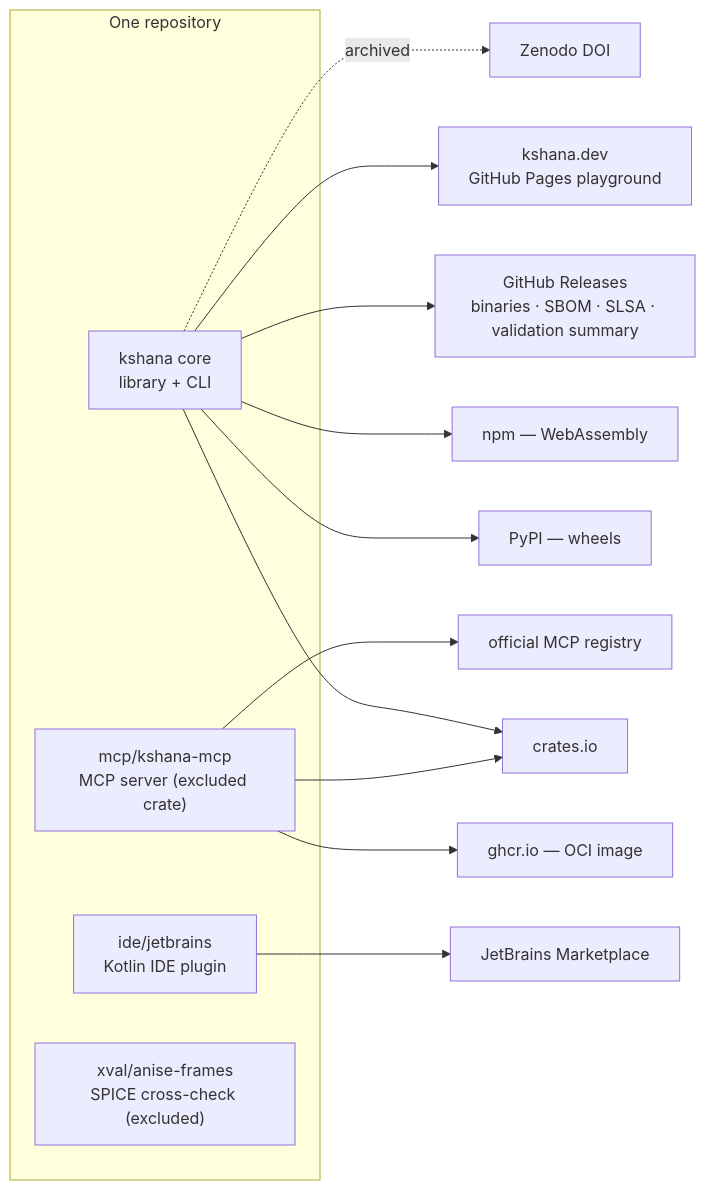
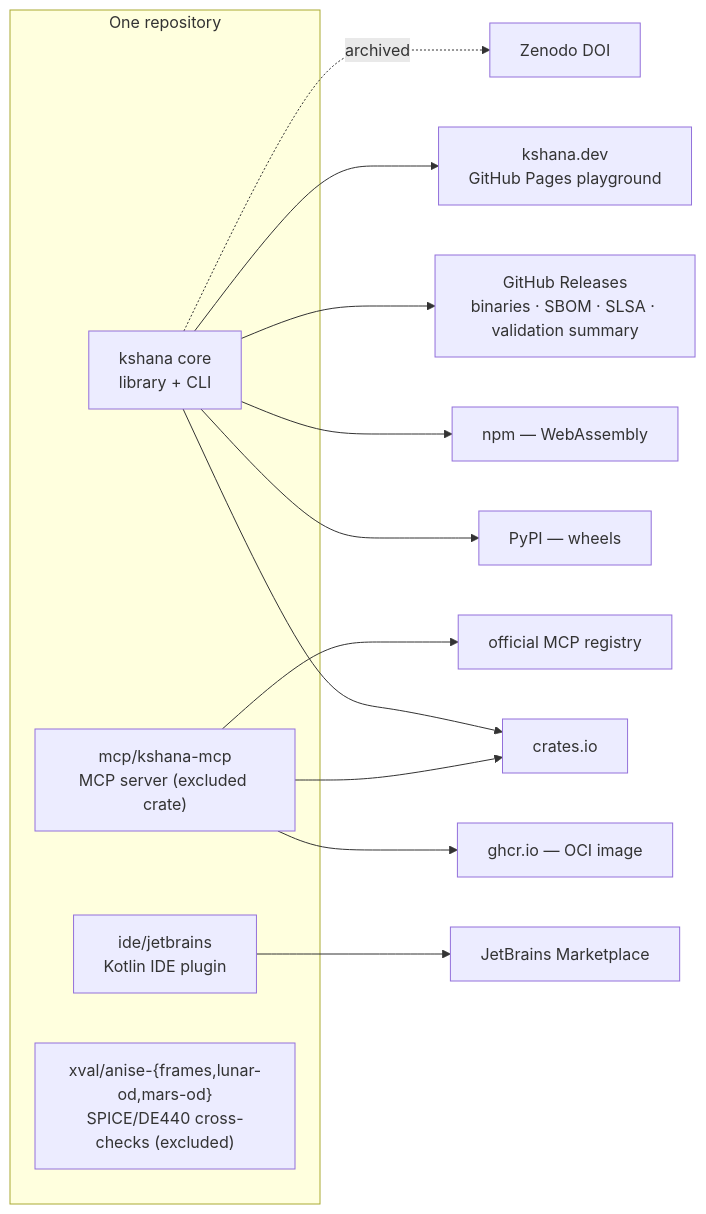
One commit to ashfordeOU/kshana changed the third of 3 diagrams in README.md. Above: the diagram before and after it, drawn with Mermaid. The commit also changed other lines of this file and 2 other files, not shown here.

First line of the commit message:
docs: carry the v0.17.0 deep-space/Mars capability through README + capability map

````diff
--- a/README.md
+++ b/README.md
@@ -663,19 +675,19 @@
 ```mermaid
 flowchart LR
     subgraph repo["One repository"]
       core["kshana core<br/>library + CLI"]
       mcp["mcp/kshana-mcp<br/>MCP server (excluded crate)"]
       ide["ide/jetbrains<br/>Kotlin IDE plugin"]
-      xval["xval/anise-frames<br/>SPICE cross-check (excluded)"]
+      xval["xval/anise-{frames,lunar-od,mars-od}<br/>SPICE/DE440 cross-checks (excluded)"]
     end
     core --> crates["crates.io"]
     core --> pypi["PyPI — wheels"]
     core --> npm["npm — WebAssembly"]
     core --> rel["GitHub Releases<br/>binaries · SBOM · SLSA · validation summary"]
     core --> pages["kshana.dev<br/>GitHub Pages playground"]
     core -. archived .-> zen["Zenodo DOI"]
     mcp --> crates
     mcp --> ghcr["ghcr.io — OCI image"]
     mcp --> reg["official MCP registry"]
     ide --> jb["JetBrains Marketplace"]
 ```
````
